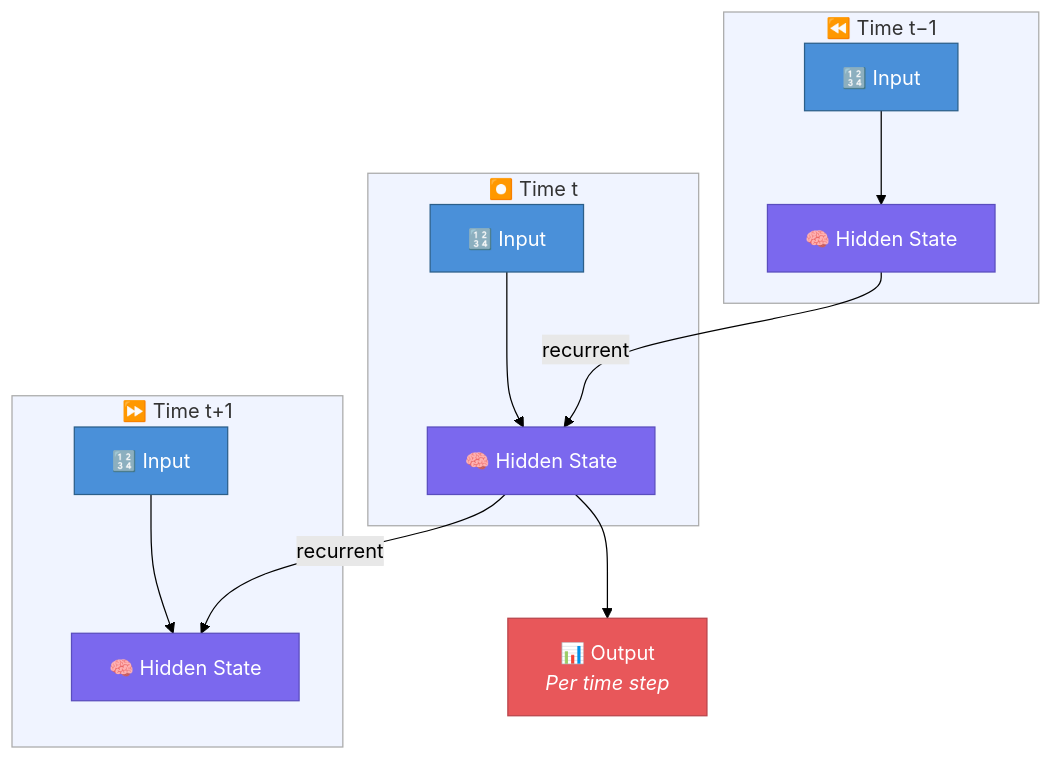
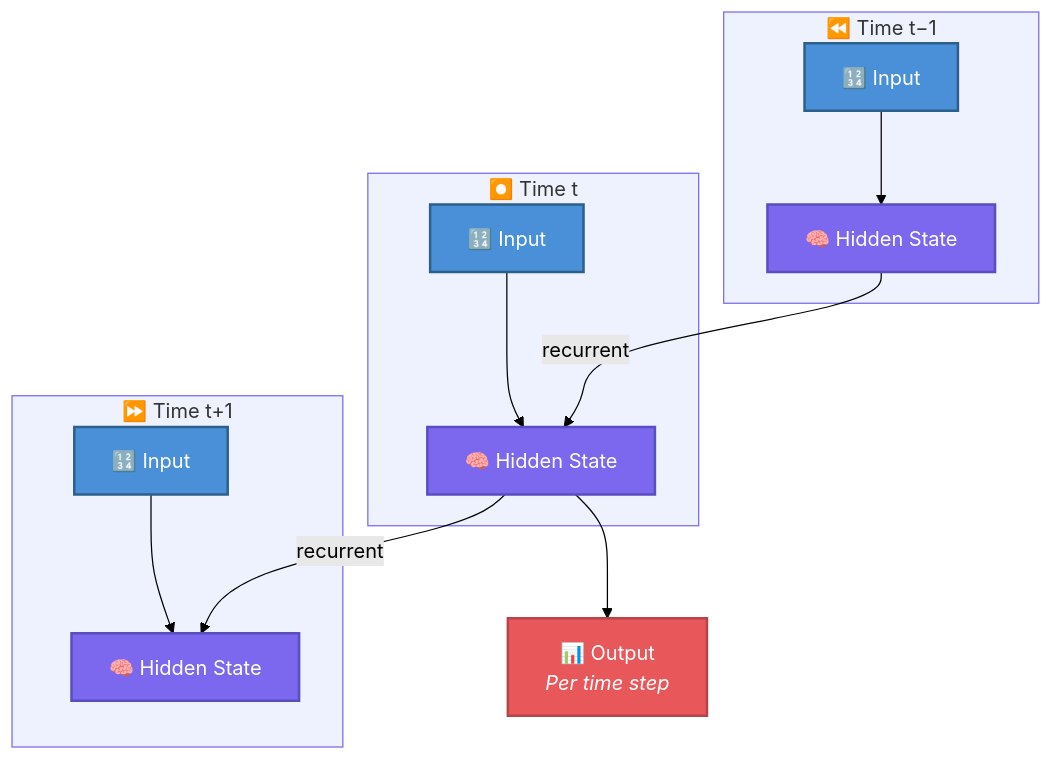
One commit to stSoftwareAU/NEAT-AI changed the third of 5 diagrams in COMPARISON.md. Above: the diagram before and after it, drawn with Mermaid (forest theme). The commit also changed other lines of this file and 19 other files, not shown here.

````diff
--- a/COMPARISON.md
+++ b/COMPARISON.md
@@ -158,34 +161,34 @@
 ```mermaid
 graph TB
     subgraph T1["⏪ Time t−1"]
         I1["🔢 Input"]
         H1["🧠 Hidden State"]
     end
     subgraph T2["⏺️ Time t"]
         I2["🔢 Input"]
         H2["🧠 Hidden State"]
     end
     subgraph T3["⏩ Time t+1"]
         I3["🔢 Input"]
         H3["🧠 Hidden State"]
     end
     O["📊 Output<br/><i>Per time step</i>"]
 
     I1 --> H1
     I2 --> H2
     I3 --> H3
     H1 -->|"recurrent"| H2
     H2 -->|"recurrent"| H3
     H2 --> O
 
-    style I1 fill:#4A90D9,stroke:#2C5F8A,color:#fff
-    style I2 fill:#4A90D9,stroke:#2C5F8A,color:#fff
-    style I3 fill:#4A90D9,stroke:#2C5F8A,color:#fff
-    style H1 fill:#7B68EE,stroke:#5A4DBE,color:#fff
-    style H2 fill:#7B68EE,stroke:#5A4DBE,color:#fff
-    style H3 fill:#7B68EE,stroke:#5A4DBE,color:#fff
-    style O fill:#E8575A,stroke:#B8444A,color:#fff
-    style T1 fill:#f0f4ff,stroke:#aaa
-    style T2 fill:#f0f4ff,stroke:#aaa
-    style T3 fill:#f0f4ff,stroke:#aaa
+    style I1 fill:#4A90D9,stroke:#2C5F8A,color:#fff,stroke-width:2px
+    style I2 fill:#4A90D9,stroke:#2C5F8A,color:#fff,stroke-width:2px
+    style I3 fill:#4A90D9,stroke:#2C5F8A,color:#fff,stroke-width:2px
+    style H1 fill:#7B68EE,stroke:#5A4DBE,color:#fff,stroke-width:2px
+    style H2 fill:#7B68EE,stroke:#5A4DBE,color:#fff,stroke-width:2px
+    style H3 fill:#7B68EE,stroke:#5A4DBE,color:#fff,stroke-width:2px
+    style O fill:#E8575A,stroke:#B8444A,color:#fff,stroke-width:2px
+    style T1 fill:#eef2ff,stroke:#7B68EE,stroke-width:1px
+    style T2 fill:#eef2ff,stroke:#7B68EE,stroke-width:1px
+    style T3 fill:#eef2ff,stroke:#7B68EE,stroke-width:1px
 ```
````
